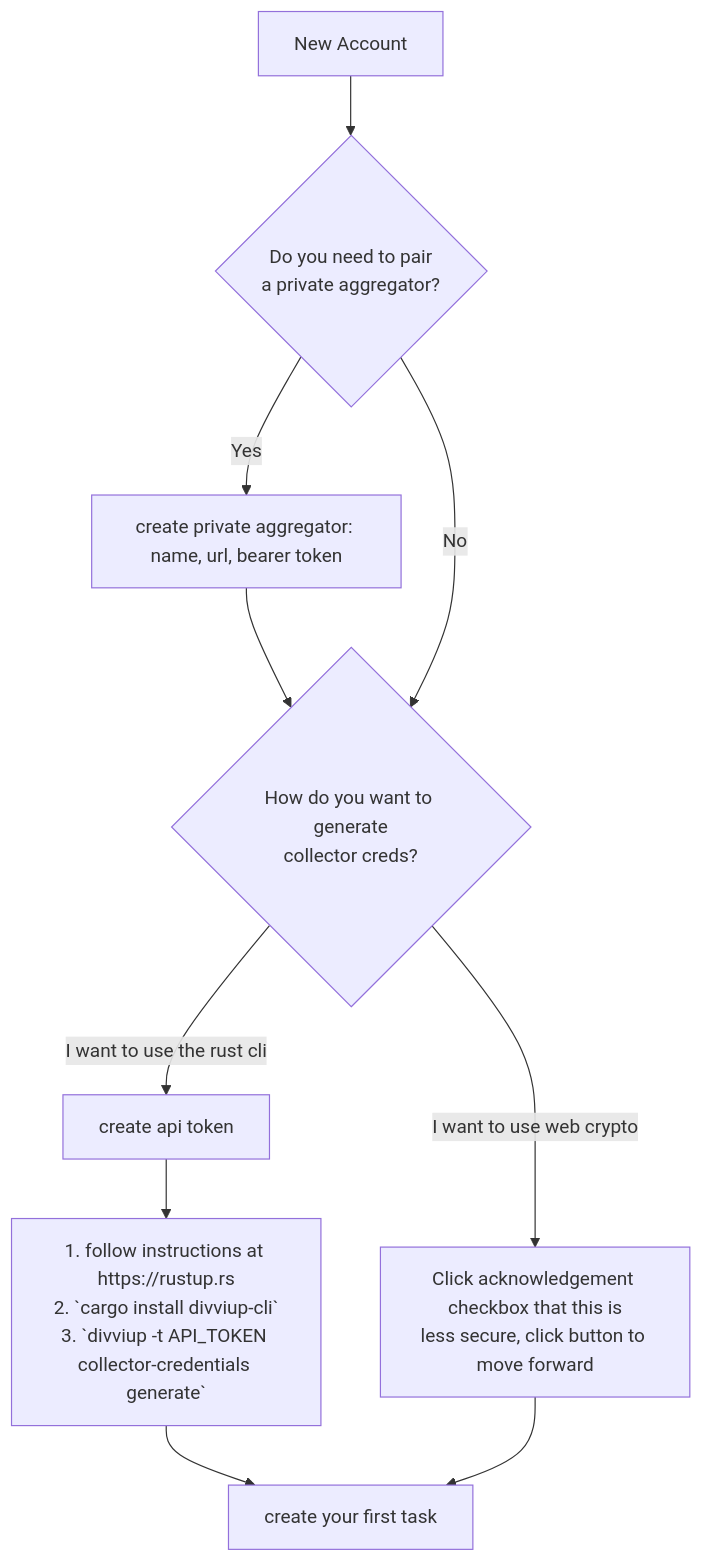
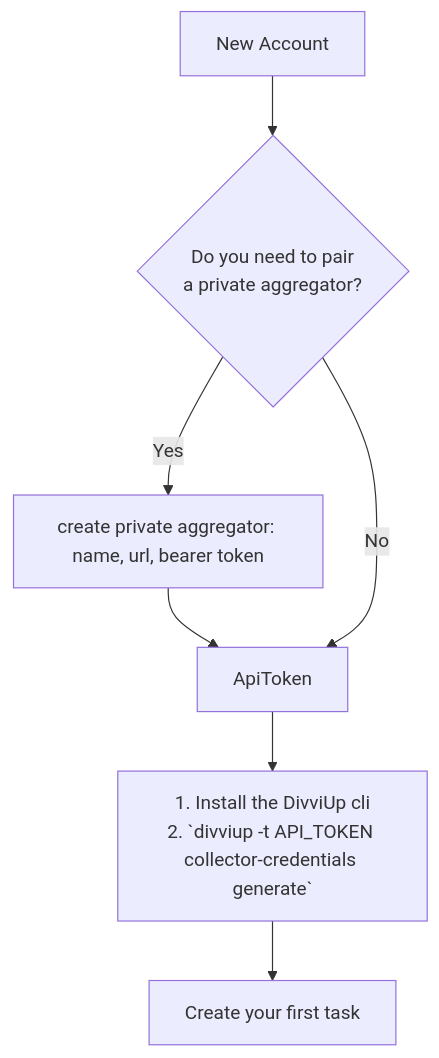
The diagram in documentation/new-user-flow-variant-02.mmd (divviup/divviup-api), drawn with Mermaid before and after one commit. The commit also changed 3 other files, not shown here.

Commit message:
update flowcharts

```diff
--- a/documentation/new-user-flow-variant-02.mmd
+++ b/documentation/new-user-flow-variant-02.mmd
@@ -1,14 +1,11 @@
 ---
 variant 2: private aggregator first
 ---
 
 flowchart TD
-    NewAccount[New Account] --> PrivateAggregator{Do you need to pair\na private aggregator?}
-   HpkeChoice{How do you want to generate\ncollector creds?}
-    HpkeChoice-->|I want to use the rust cli| ApiToken[create api token]
-    ApiToken --> UseCli[1. follow instructions at https://rustup.rs\n2. `cargo install divviup-cli`\n3. `divviup -t API_TOKEN collector-credentials generate`] --> NewTask
-    HpkeChoice-->|I want to use web crypto| WebCryptoHpke["Click acknowledgement checkbox that this is\nless secure, click button to move forward"]
-    WebCryptoHpke-->NewTask[create your first task]
-    PrivateAggregator-->|Yes| PairPrivateAggregator[create private aggregator: name, url, bearer token]
-    PairPrivateAggregator-->HpkeChoice
-    PrivateAggregator-->|No| HpkeChoice
+   NewAccount[New Account] --> PrivateAggregator{Do you need to pair\na private aggregator?}
+   PrivateAggregator-->|Yes| PairPrivateAggregator[create private aggregator: name, url, bearer token]
+   PairPrivateAggregator--> ApiToken
+   PrivateAggregator-->|No| ApiToken
+   ApiToken --> UseCli[1. Install the DivviUp cli\n2. `divviup -t API_TOKEN collector-credentials generate`]
+   UseCli --> NewTask[Create your first task]
```
